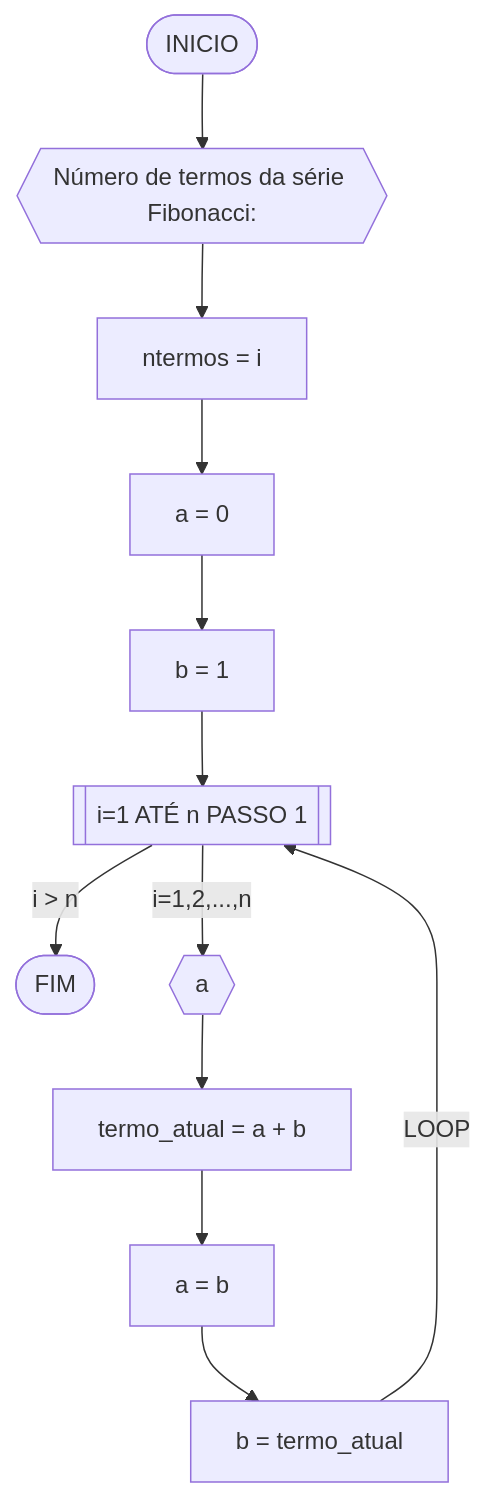
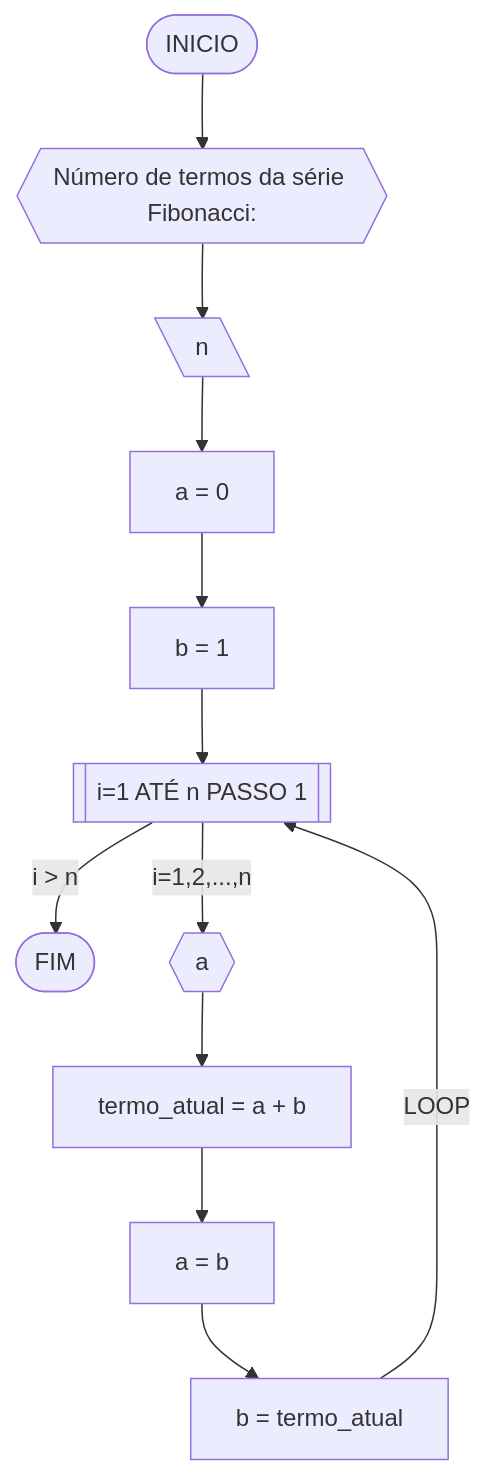
Before and after one commit to yeesusu/UNIFOR: the seventh of 8 diagrams in RLA/Unid1/RLA3/AD1.md, drawn with Mermaid.

````diff
--- a/RLA/Unid1/RLA3/AD1.md
+++ b/RLA/Unid1/RLA3/AD1.md
@@ -403,14 +403,14 @@
 ```mermaid
 flowchart TD
 A([INICIO]) --> B{{"Número de termos da série Fibonacci:"}}
-B-->C[ntermos = i]
+B-->C[\n\]
 C --> D[a = 0]
 D --> E[b = 1]
 E --> F[[i=1 ATÉ n PASSO 1]]
 F --"i > n"--> J([FIM])
 F --"i=1,2,...,n"--> G{{a}}
 G --> H[termo_atual = a + b]
 H --> I[a = b]
 I --> K[b = termo_atual]
 K --LOOP--> F 
 ```
````
